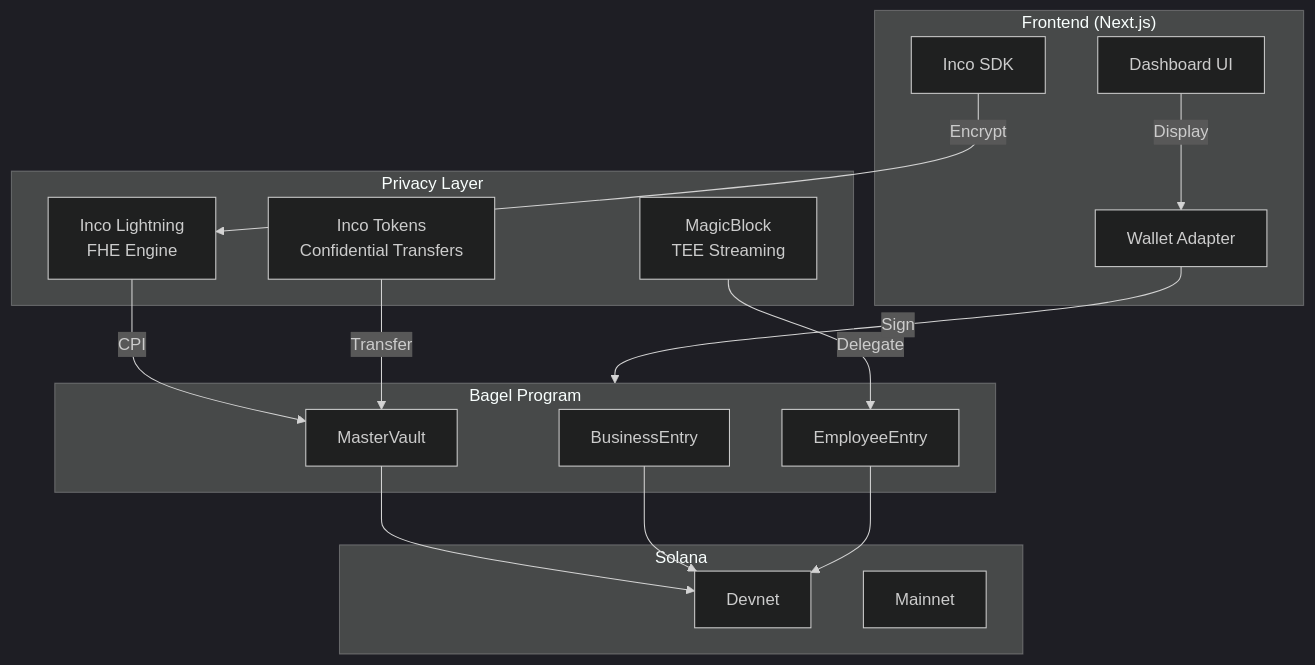
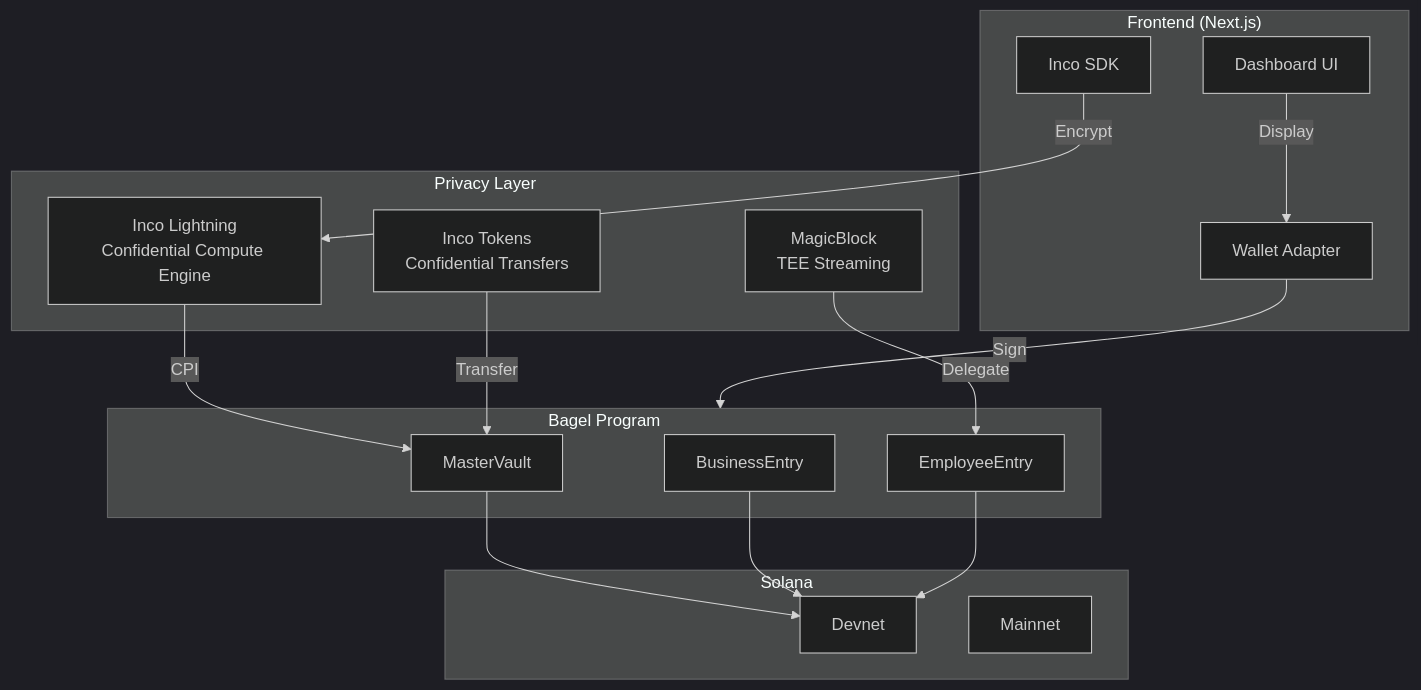
One commit to ConejoCapital/Bagel changed the first of 5 diagrams in docs-site/docs/architecture/overview.md. Above: the diagram before and after it, drawn with Mermaid (dark theme). The commit also changed other lines of this file and 46 other files, not shown here.

First line of the commit message:
fix: replace FHE/homomorphic lingo with "Inco confidential compute"

````diff
--- a/docs-site/docs/architecture/overview.md
+++ b/docs-site/docs/architecture/overview.md
@@ -17,37 +17,37 @@
 ```mermaid
 graph TB
     subgraph Frontend["Frontend (Next.js)"]
         WA[Wallet Adapter]
         IS[Inco SDK]
         UI[Dashboard UI]
     end
 
     subgraph Privacy["Privacy Layer"]
-        IL[Inco Lightning<br/>FHE Engine]
+        IL[Inco Lightning<br/>Confidential Compute Engine]
         IT[Inco Tokens<br/>Confidential Transfers]
         MB[MagicBlock<br/>TEE Streaming]
     end
 
     subgraph Program["Bagel Program"]
         MV[MasterVault]
         BE[BusinessEntry]
         EE[EmployeeEntry]
     end
 
     subgraph Chain["Solana"]
         DEV[Devnet]
         MAIN[Mainnet]
     end
 
     WA --> |Sign| Program
     IS --> |Encrypt| IL
     UI --> |Display| WA
 
     IL --> |CPI| MV
     IT --> |Transfer| MV
     MB --> |Delegate| EE
 
     MV --> DEV
     BE --> DEV
     EE --> DEV
 ```
````
